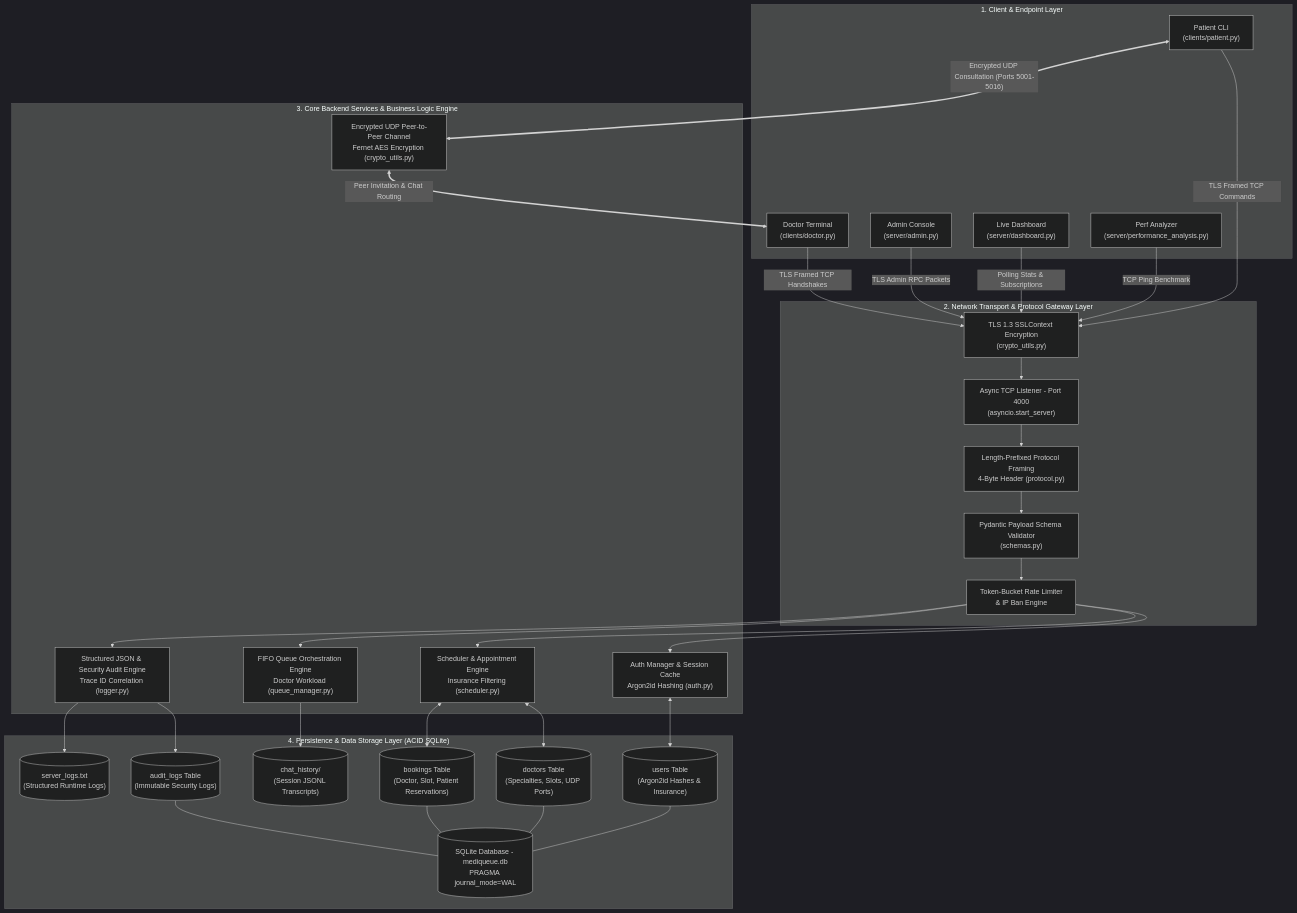
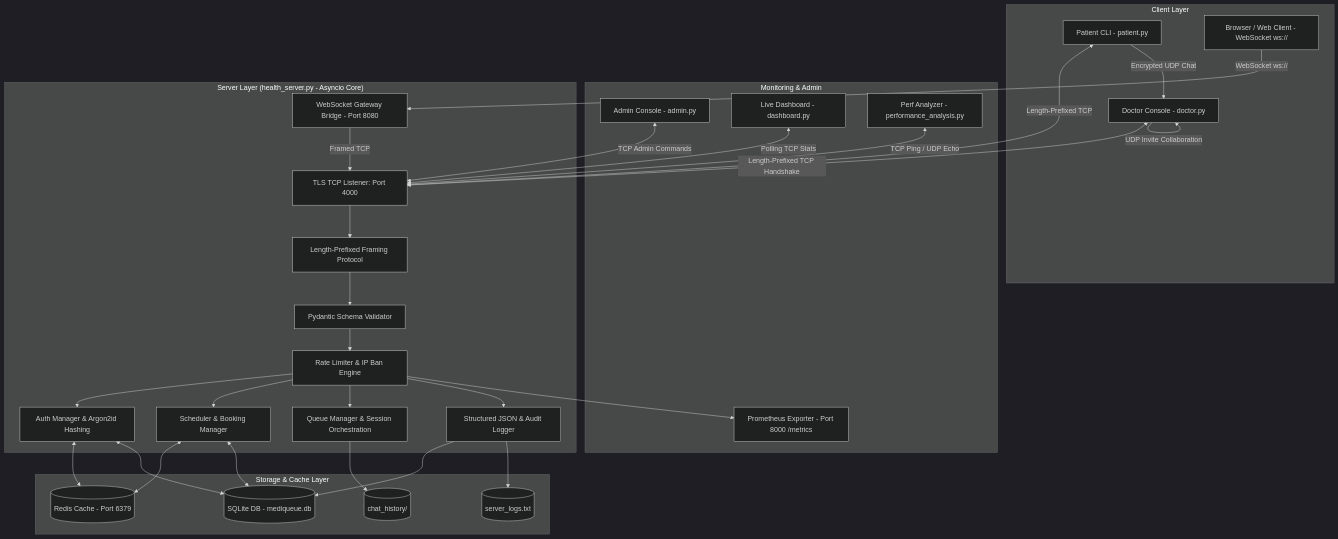
Before and after one commit to AishikTokdar/MediQueue-Connect: the diagram in README.md, drawn with Mermaid (dark theme). The commit also changed other lines of this file and 12 other files, not shown here.

First line of the commit message:
feat: implement redis caching, prometheus telemetry, websocket gateway, and docker orchestration

````diff
--- a/README.md
+++ b/README.md
@@ -65,71 +76,64 @@
 ```mermaid
-graph TB
-    subgraph ClientLayer ["1. Client & Endpoint Layer"]
-        P["Patient CLI<br/>(clients/patient.py)"]
-        D["Doctor Terminal<br/>(clients/doctor.py)"]
-        A["Admin Console<br/>(server/admin.py)"]
-        DS["Live Dashboard<br/>(server/dashboard.py)"]
-        PA["Perf Analyzer<br/>(server/performance_analysis.py)"]
+graph TD
+    subgraph Clients ["Client Layer"]
+        P[Patient CLI - patient.py]
+        D[Doctor Console - doctor.py]
+        WS_CLIENT[Browser / Web Client - WebSocket ws://]
     end
 
-    subgraph TransportGateway ["2. Network Transport & Protocol Gateway Layer"]
-        TLS["TLS 1.3 SSLContext Encryption<br/>(crypto_utils.py)"]
-        TCP["Async TCP Listener - Port 4000<br/>(asyncio.start_server)"]
-        PF["Length-Prefixed Protocol Framing<br/>4-Byte Header (protocol.py)"]
-        PV["Pydantic Payload Schema Validator<br/>(schemas.py)"]
-        RL["Token-Bucket Rate Limiter<br/>& IP Ban Engine"]
+    subgraph Monitoring ["Monitoring & Admin"]
+        A[Admin Console - admin.py]
+        DS[Live Dashboard - dashboard.py]
+        PA[Perf Analyzer - performance_analysis.py]
+        PROM[Prometheus Exporter - Port 8000 /metrics]
     end
 
-    subgraph ServiceLayer ["3. Core Backend Services & Business Logic Engine"]
-        AM["Auth Manager & Session Cache<br/>Argon2id Hashing (auth.py)"]
-        SM["Scheduler & Appointment Engine<br/>Insurance Filtering (scheduler.py)"]
-        QM["FIFO Queue Orchestration Engine<br/>Doctor Workload (queue_manager.py)"]
-        LOG["Structured JSON & Security Audit Engine<br/>Trace ID Correlation (logger.py)"]
-        UDP["Encrypted UDP Peer-to-Peer Channel<br/>Fernet AES Encryption (crypto_utils.py)"]
+    subgraph Server ["Server Layer (health_server.py - Asyncio Core)"]
+        WS_GATEWAY[WebSocket Gateway Bridge - Port 8080]
+        TCP[TLS TCP Listener: Port 4000]
+        PF[Length-Prefixed Framing Protocol]
+        PV[Pydantic Schema Validator]
+        RL[Rate Limiter & IP Ban Engine]
+        QM[Queue Manager & Session Orchestration]
+        SM[Scheduler & Booking Manager]
+        AM[Auth Manager & Argon2id Hashing]
+        LOG[Structured JSON & Audit Logger]
     end
 
-    subgraph StorageLayer ["4. Persistence & Data Storage Layer (ACID SQLite)"]
-        SQLDB[("SQLite Database - mediqueue.db<br/>PRAGMA journal_mode=WAL")]
-        USERS[("users Table<br/>(Argon2id Hashes & Insurance)")]
-        DOCTORS[("doctors Table<br/>(Specialties, Slots, UDP Ports)")]
-        BOOKINGS[("bookings Table<br/>(Doctor, Slot, Patient Reservations)")]
-        AUDIT[("audit_logs Table<br/>(Immutable Security Logs)")]
-        C_LOGS[("chat_history/<br/>(Session JSONL Transcripts)")]
-        S_LOGS[("server_logs.txt<br/>(Structured Runtime Logs)")]
+    subgraph Data ["Storage & Cache Layer"]
+        REDIS[(Redis Cache - Port 6379)]
+        SQLDB[(SQLite DB - mediqueue.db)]
+        C_LOGS[(chat_history/)]
+        S_LOGS[(server_logs.txt)]
     end
 
-    %% Client -> Gateway Connections
-    P -- "TLS Framed TCP Commands" --> TLS
-    D -- "TLS Framed TCP Handshakes" --> TLS
-    A -- "TLS Admin RPC Packets" --> TLS
-    DS -- "Polling Stats & Subscriptions" --> TLS
-    PA -- "TCP Ping Benchmark" --> TLS
+    %% Network Connections
+    WS_CLIENT -- "WebSocket ws://" --> WS_GATEWAY
+    WS_GATEWAY -- "Framed TCP" --> TCP
+    P <-- Length-Prefixed TCP --> TCP
+    D <-- Length-Prefixed TCP Handshake --> TCP
+    P -- Encrypted UDP Chat --> D
+    D -- UDP Invite Collaboration --> D
+    A <-- TCP Admin Commands --> TCP
+    DS <-- Polling TCP Stats --> TCP
+    PA <-- TCP Ping / UDP Echo --> TCP
 
-    TLS --> TCP
+    %% Internal Server flows
     TCP --> PF
     PF --> PV
     PV --> RL
-
-    %% Gateway -> Services Routing
     RL --> AM
     RL --> SM
     RL --> QM
     RL --> LOG
+    RL --> PROM
 
-    %% UDP Peer-to-Peer Direct Chat
-    P <== "Encrypted UDP Consultation (Ports 5001-5016)" ==> UDP
-    UDP <== "Peer Invitation & Chat Routing" ==> D
-
-    %% Services -> Storage Integration
-    AM <--> USERS
-    SM <--> DOCTORS
-    SM <--> BOOKINGS
-    LOG --> AUDIT
+    %% File & Cache IO
+    AM <--> REDIS
+    SM <--> REDIS
+    AM <--> SQLDB
+    SM <--> SQLDB
+    LOG --> SQLDB
     LOG --> S_LOGS
     QM --> C_LOGS
-
-    USERS --- SQLDB
-    DOCTORS --- SQLDB
-    BOOKINGS --- SQLDB
-    AUDIT --- SQLDB
 ```
````
